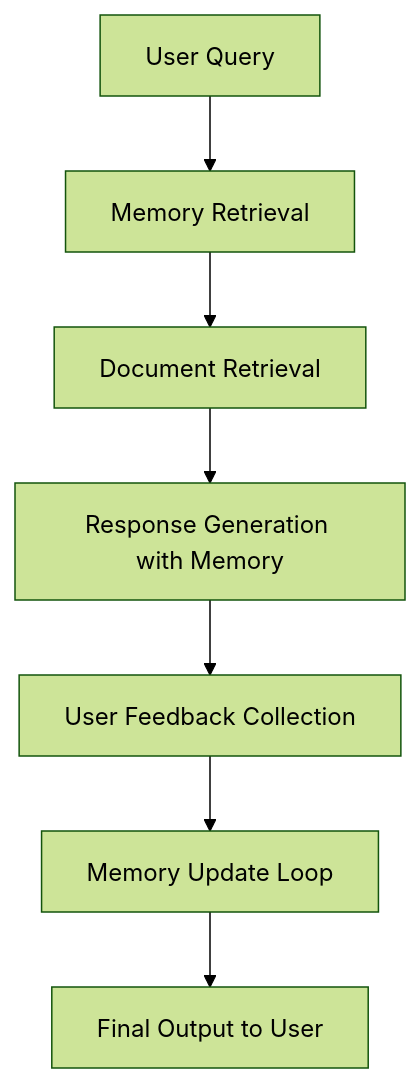
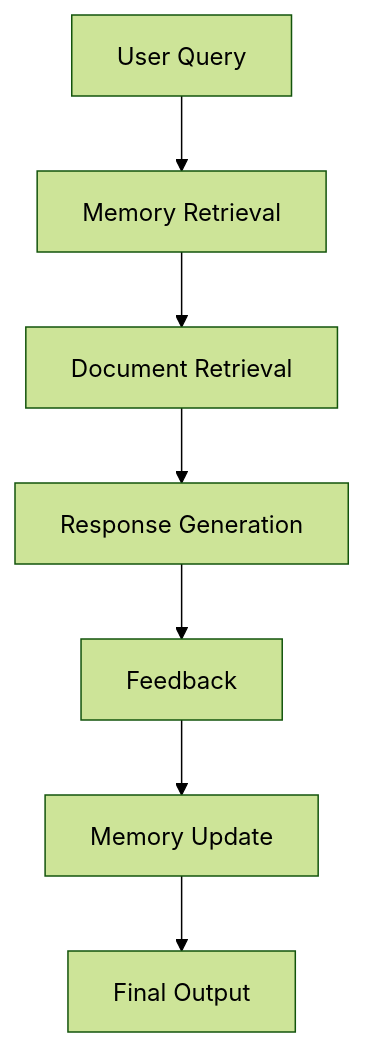
One commit to Dinuk-Di/RAG-Architectures changed the tenth of 25 diagrams in Readme.md. Above: the diagram before and after it, drawn with Mermaid (forest theme). The commit also changed other lines of this file, not shown here.

````diff
--- a/Readme.md
+++ b/Readme.md
@@ -177,9 +205,9 @@
 ```mermaid
 flowchart TD
     A[User Query] --> B[Memory Retrieval]
     B --> C[Document Retrieval]
-    C --> D[Response Generation with Memory]
-    D --> E[User Feedback Collection]
-    E --> F[Memory Update Loop]
-    F --> G[Final Output to User]
+    C --> D[Response Generation]
+    D --> E[Feedback]
+    E --> F[Memory Update]
+    F --> G[Final Output]
 ```
````
